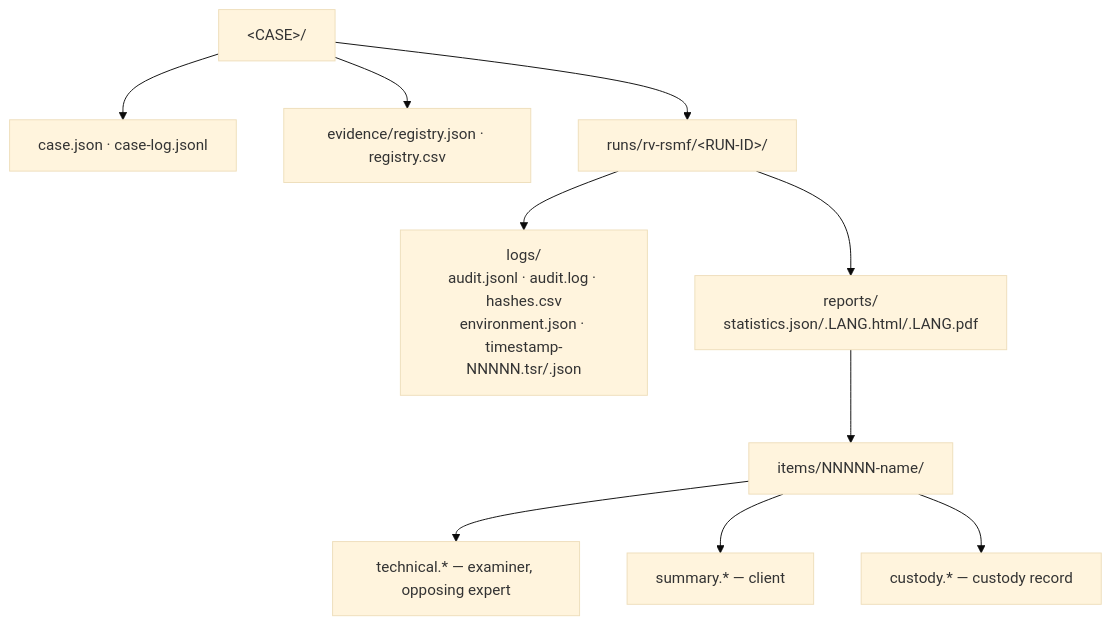
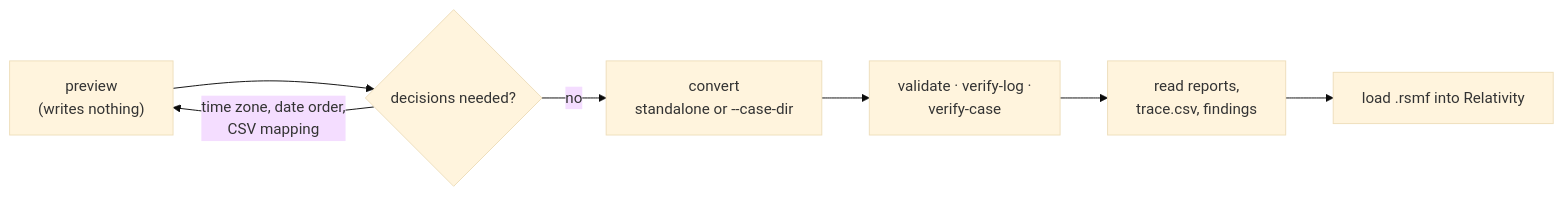
One commit to Panacota96/rv-rsmf changed the diagram in docs/usage.md. Above: the diagram before and after it, drawn with Mermaid (base theme). The commit also changed other lines of this file and 12 other files, not shown here.

````diff
--- a/docs/usage.md
+++ b/docs/usage.md
@@ -150,12 +9,9 @@
 ```mermaid
-flowchart TB
-    CASE["&lt;CASE&gt;/"] --> CJ["case.json · case-log.jsonl"]
-    CASE --> EV["evidence/registry.json · registry.csv"]
-    CASE --> RUN["runs/rv-rsmf/&lt;RUN-ID&gt;/"]
-    RUN --> L["logs/<br/>audit.jsonl · audit.log · hashes.csv<br/>environment.json · timestamp-NNNNN.tsr/.json"]
-    RUN --> R["reports/<br/>statistics.json/.LANG.html/.LANG.pdf"]
-    R --> I["items/NNNNN-name/"]
-    I --> T["technical.* — examiner, opposing expert"]
-    I --> S["summary.* — client"]
-    I --> K["custody.* — custody record"]
+flowchart LR
+    P["preview<br/>(writes nothing)"] --> D{"decisions needed?"}
+    D -->|"time zone, date order,<br/>CSV mapping"| P
+    D -->|no| C["convert<br/>standalone or --case-dir"]
+    C --> V["validate · verify-log ·<br/>verify-case"]
+    V --> R["read reports,<br/>trace.csv, findings"]
+    R --> L["load .rsmf into Relativity"]
 ```
````
